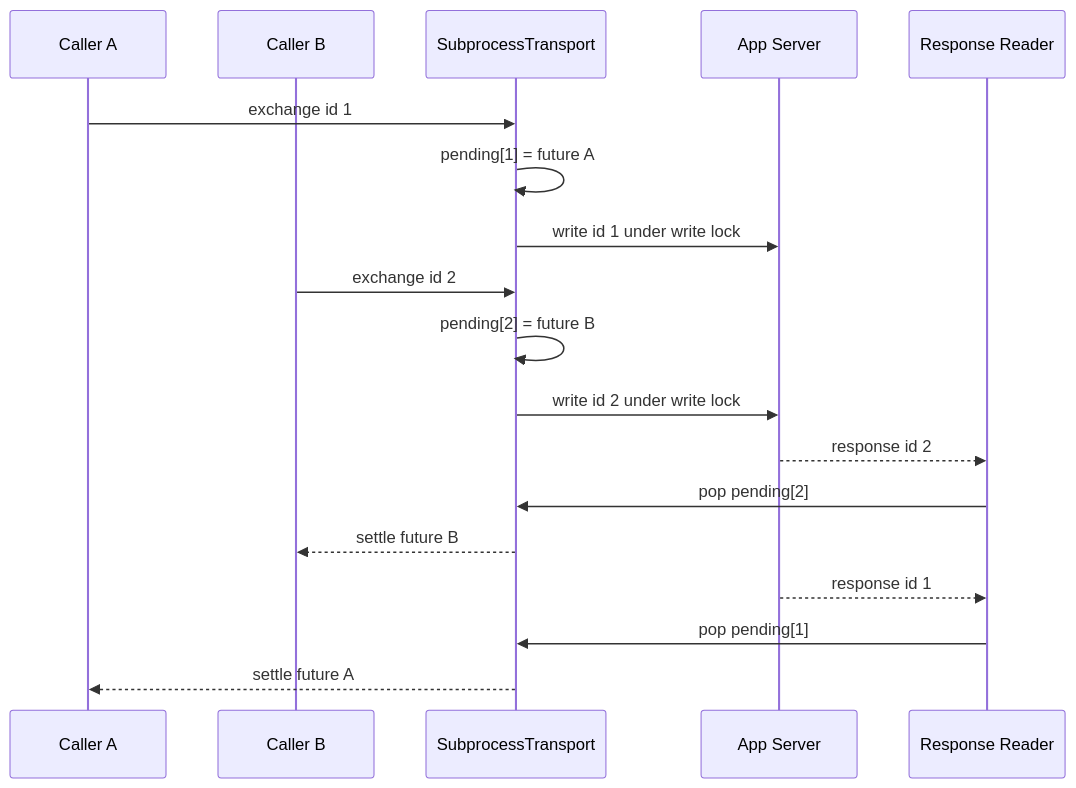
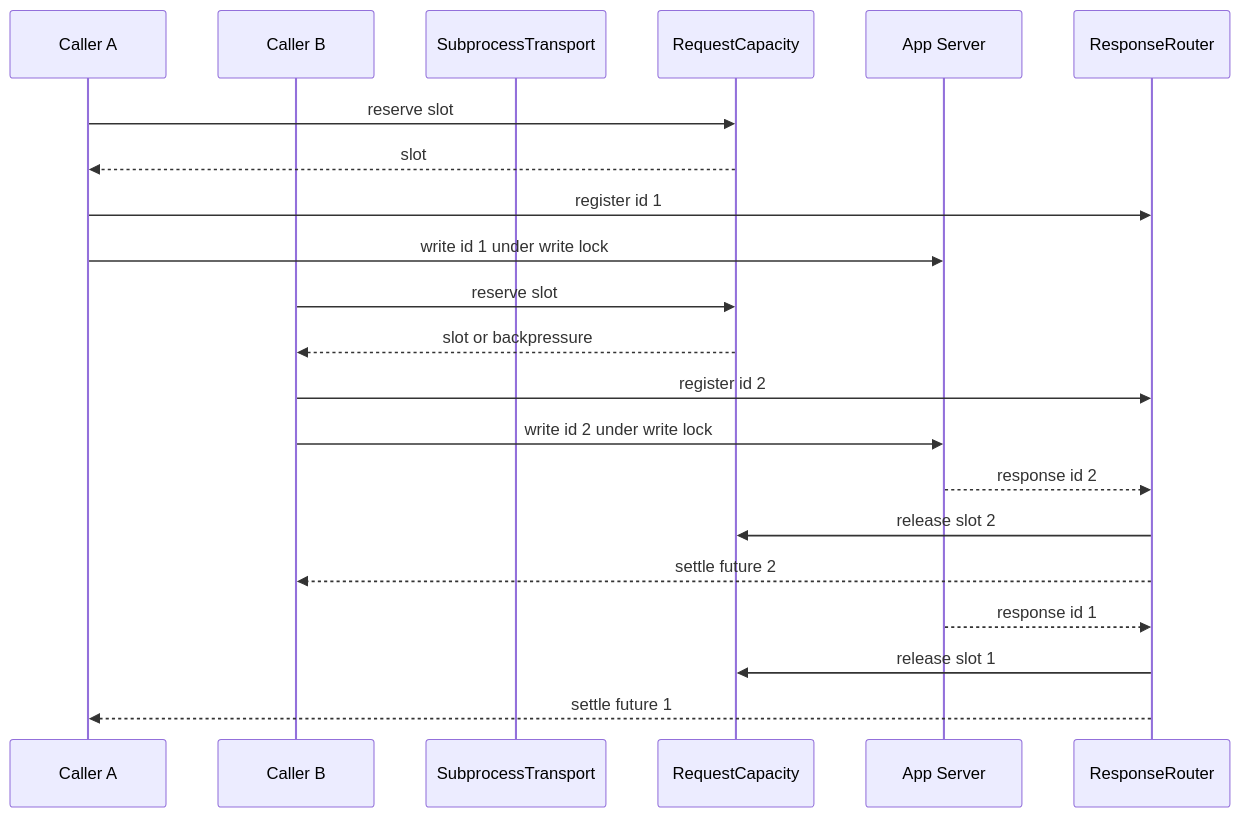
Before and after one commit to carrie1988/Harnessix: the fifth of 15 diagrams in docs/modules/sdk.md, drawn with Mermaid. The commit also changed other lines of this file and 12 other files, not shown here.

````diff
--- a/docs/modules/sdk.md
+++ b/docs/modules/sdk.md
@@ -296,20 +314,23 @@
 ```mermaid
 sequenceDiagram
     participant A as Caller A
     participant B as Caller B
     participant T as SubprocessTransport
+    participant C as RequestCapacity
     participant P as App Server
-    participant R as Response Reader
-    A->>T: exchange id 1
-    T->>T: pending[1] = future A
-    T->>P: write id 1 under write lock
-    B->>T: exchange id 2
-    T->>T: pending[2] = future B
-    T->>P: write id 2 under write lock
+    participant R as ResponseRouter
+    A->>C: reserve slot
+    C-->>A: slot
+    A->>R: register id 1
+    A->>P: write id 1 under write lock
+    B->>C: reserve slot
+    C-->>B: slot or backpressure
+    B->>R: register id 2
+    B->>P: write id 2 under write lock
     P-->>R: response id 2
-    R->>T: pop pending[2]
-    T-->>B: settle future B
+    R->>C: release slot 2
+    R-->>B: settle future 2
     P-->>R: response id 1
-    R->>T: pop pending[1]
-    T-->>A: settle future A
+    R->>C: release slot 1
+    R-->>A: settle future 1
 ```
````
